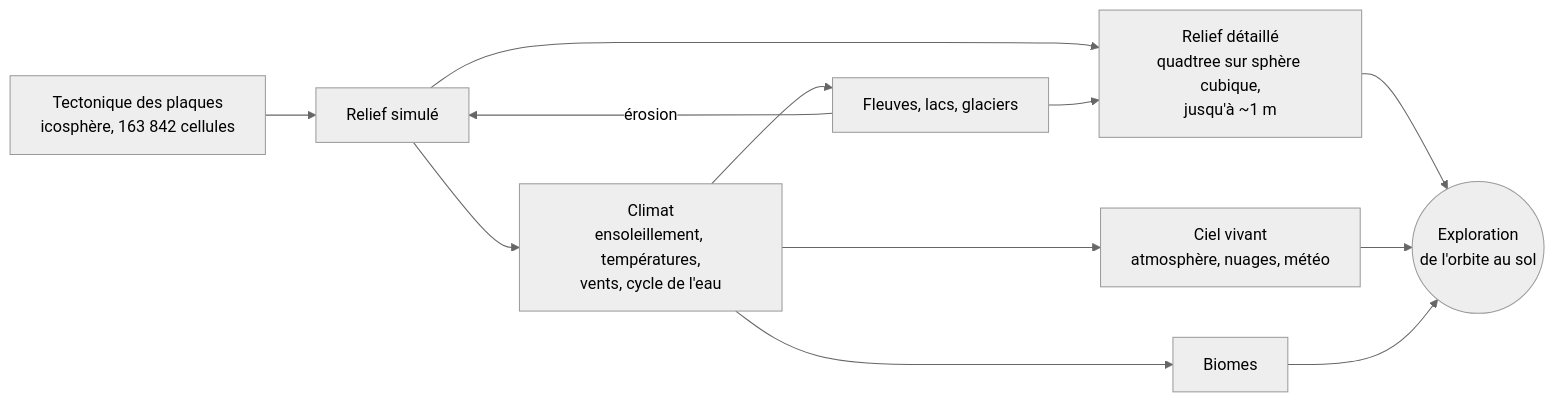
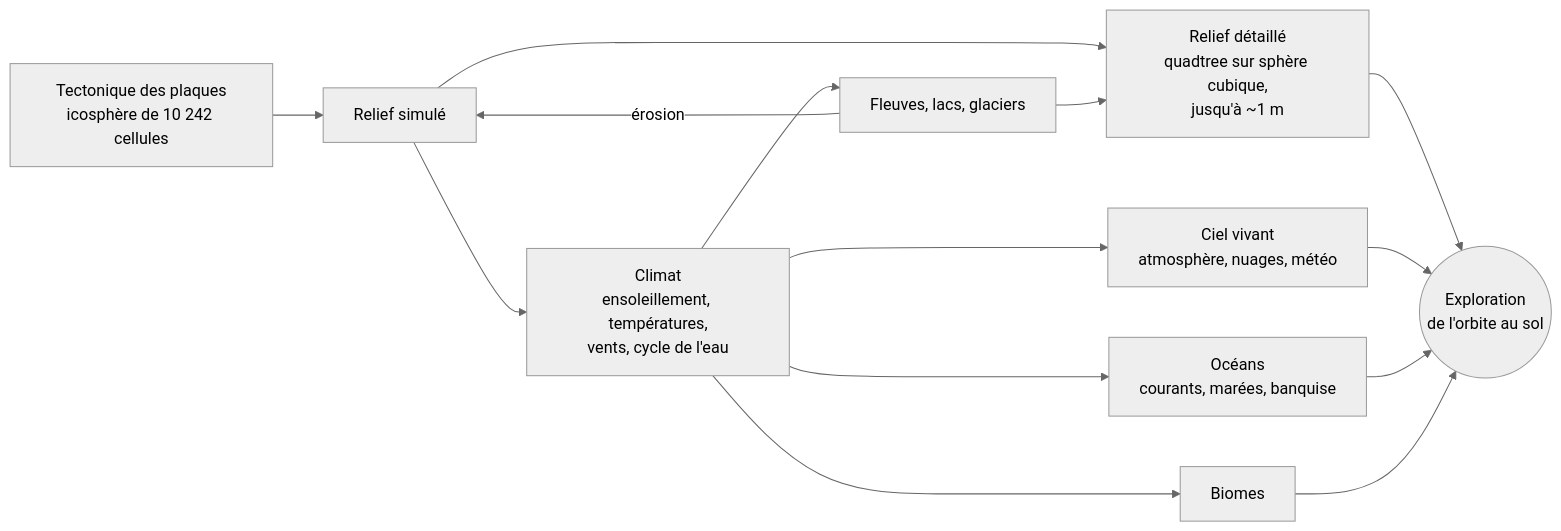
Before and after one commit to Ticoel/Planet: the diagram in README.md, drawn with Mermaid (neutral theme). The commit also changed other lines of this file and 14 other files, not shown here.

````diff
--- a/README.md
+++ b/README.md
@@ -27,14 +28,16 @@
 ```mermaid
 flowchart LR
-    A[Tectonique des plaques<br/>icosphère, 163 842 cellules] --> B[Relief simulé]
+    A[Tectonique des plaques<br/>icosphère de 10 242 cellules] --> B[Relief simulé]
     B --> C[Climat<br/>ensoleillement, températures,<br/>vents, cycle de l'eau]
     C --> D[Fleuves, lacs, glaciers]
+    C --> O[Océans<br/>courants, marées, banquise]
     C --> E[Biomes]
     D -->|érosion| B
     B --> F[Relief détaillé<br/>quadtree sur sphère cubique,<br/>jusqu'à ~1 m]
     D --> F
     C --> G[Ciel vivant<br/>atmosphère, nuages, météo]
     F --> H((Exploration<br/>de l'orbite au sol))
     G --> H
+    O --> H
     E --> H
 ```
````
